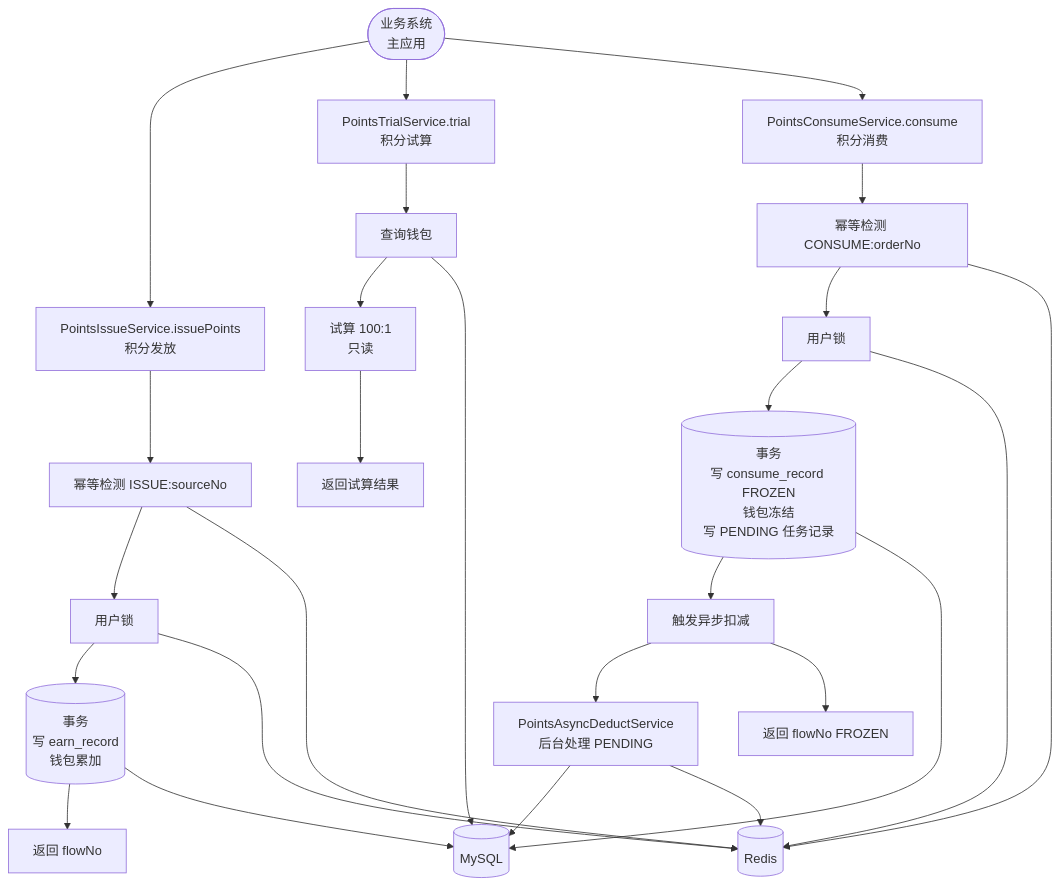
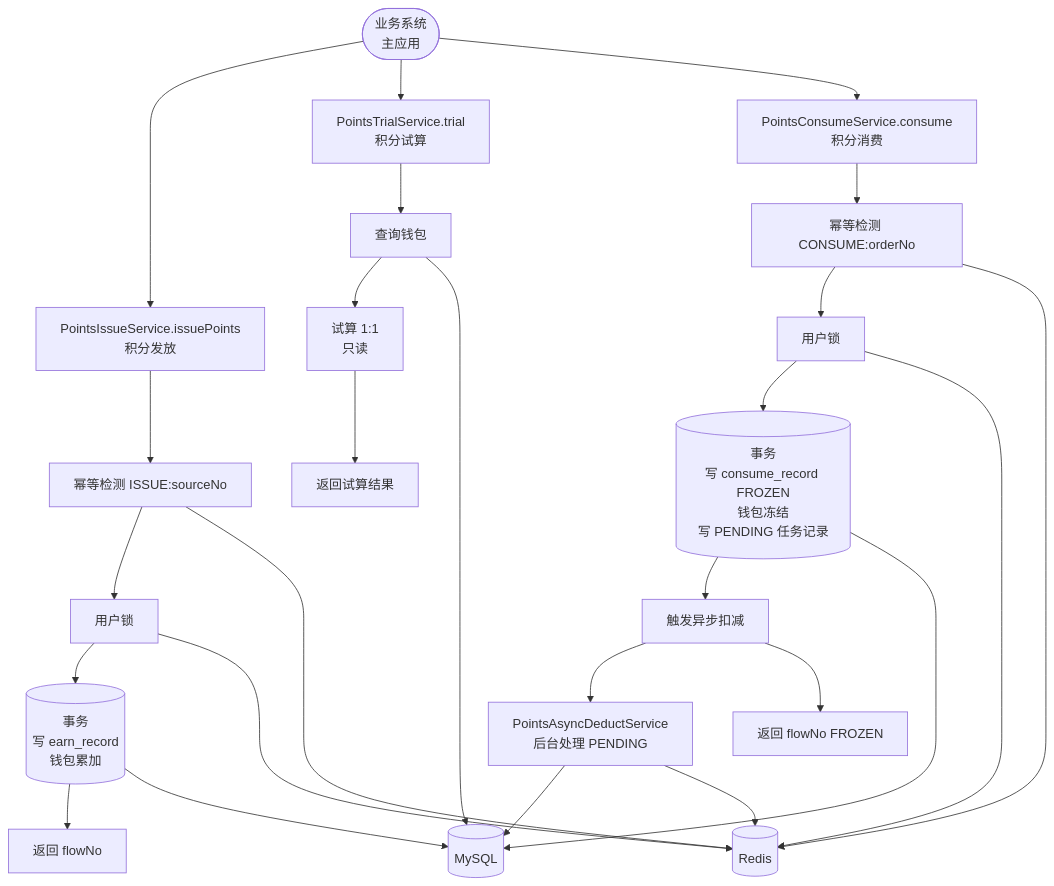
One commit to shrimp-group/sh-microapp changed the first of 6 diagrams in docs/stories/积分/001-积分发放与消费.md. Above: the diagram before and after it, drawn with Mermaid. The commit also changed other lines of this file and 12 other files, not shown here.

````diff
--- a/docs/stories/积分/001-积分发放与消费.md
+++ b/docs/stories/积分/001-积分发放与消费.md
@@ -19,37 +19,37 @@
 ```mermaid
 flowchart TD
     BIZ([业务系统<br/>主应用])
 
     BIZ --> SVC_ISSUE_SVC[PointsIssueService.issuePoints<br/>积分发放]
     BIZ --> SVC_TRIAL_SVC[PointsTrialService.trial<br/>积分试算]
     BIZ --> SVC_CONSUME_SVC[PointsConsumeService.consume<br/>积分消费]
 
     SVC_ISSUE_SVC --> IDEM1[幂等检测 ISSUE:sourceNo]
     SVC_CONSUME_SVC --> IDEM2[幂等检测 CONSUME:orderNo]
 
     IDEM1 --> LK1[用户锁]
     SVC_TRIAL_SVC --> Q1[查询钱包]
     IDEM2 --> LK2[用户锁]
 
     LK1 --> TX1[(事务<br/>写 earn_record<br/>钱包累加)]
-    Q1 --> CALC[试算 100:1<br/>只读]
+    Q1 --> CALC[试算 1:1<br/>只读]
     LK2 --> TX2[(事务<br/>写 consume_record FROZEN<br/>钱包冻结<br/>写 PENDING 任务记录)]
 
     TX2 --> TRIGGER[触发异步扣减]
     TRIGGER --> ASYNC[PointsAsyncDeductService<br/>后台处理 PENDING]
 
     TX1 --> R1[返回 flowNo]
     CALC --> R2[返回试算结果]
     TRIGGER --> R3[返回 flowNo FROZEN]
 
     TX1 --> DB[(MySQL)]
     Q1 --> DB
     TX2 --> DB
     ASYNC --> DB
 
     IDEM1 --> REDIS[(Redis)]
     IDEM2 --> REDIS
     LK1 --> REDIS
     LK2 --> REDIS
     ASYNC --> REDIS
 ```
````
